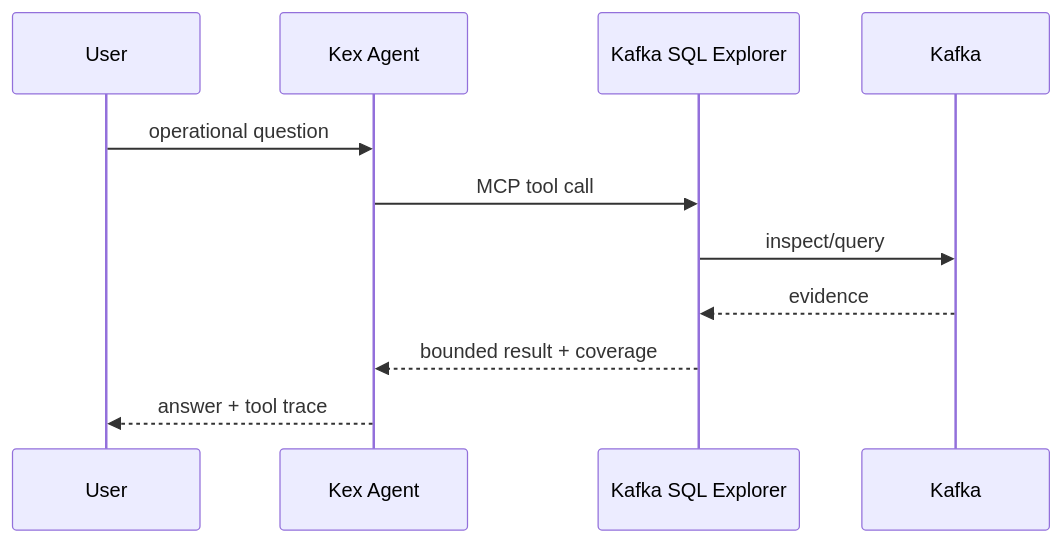
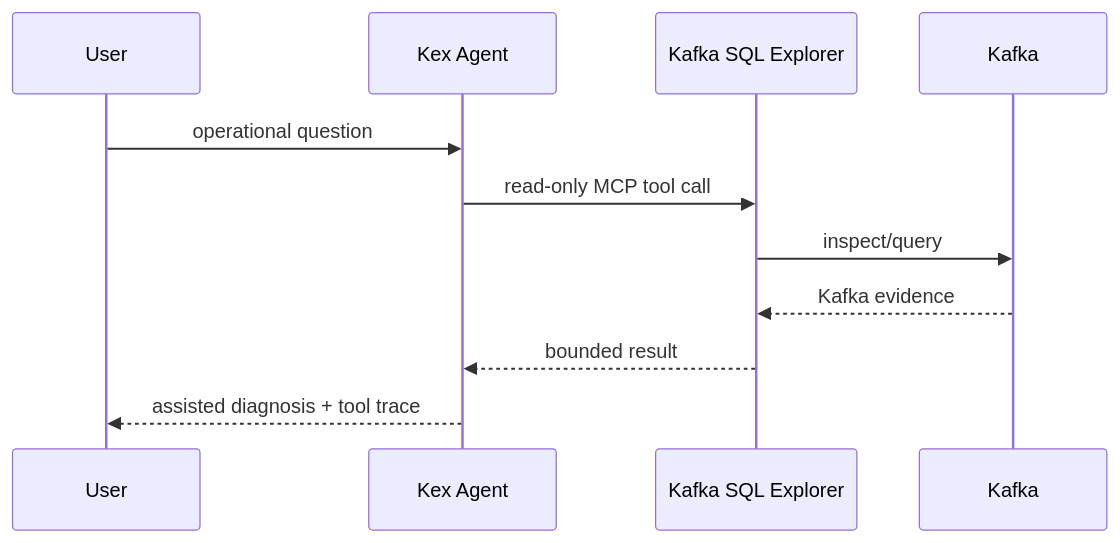
Before and after one commit to devdownin/Kex-Lab: the second of 2 diagrams in docs/ARCHITECTURE.md, drawn with Mermaid. The commit also changed other lines of this file, not shown here.

Commit message:
docs: detail runtime integration architecture

````diff
--- a/docs/ARCHITECTURE.md
+++ b/docs/ARCHITECTURE.md
@@ -19,13 +44,13 @@
 ```mermaid
 sequenceDiagram
     participant U as User
     participant A as Kex Agent
     participant E as Kafka SQL Explorer
     participant K as Kafka
     U->>A: operational question
-    A->>E: MCP tool call
+    A->>E: read-only MCP tool call
     E->>K: inspect/query
-    K-->>E: evidence
-    E-->>A: bounded result + coverage
-    A-->>U: answer + tool trace
+    K-->>E: Kafka evidence
+    E-->>A: bounded result
+    A-->>U: assisted diagnosis + tool trace
 ```
````
